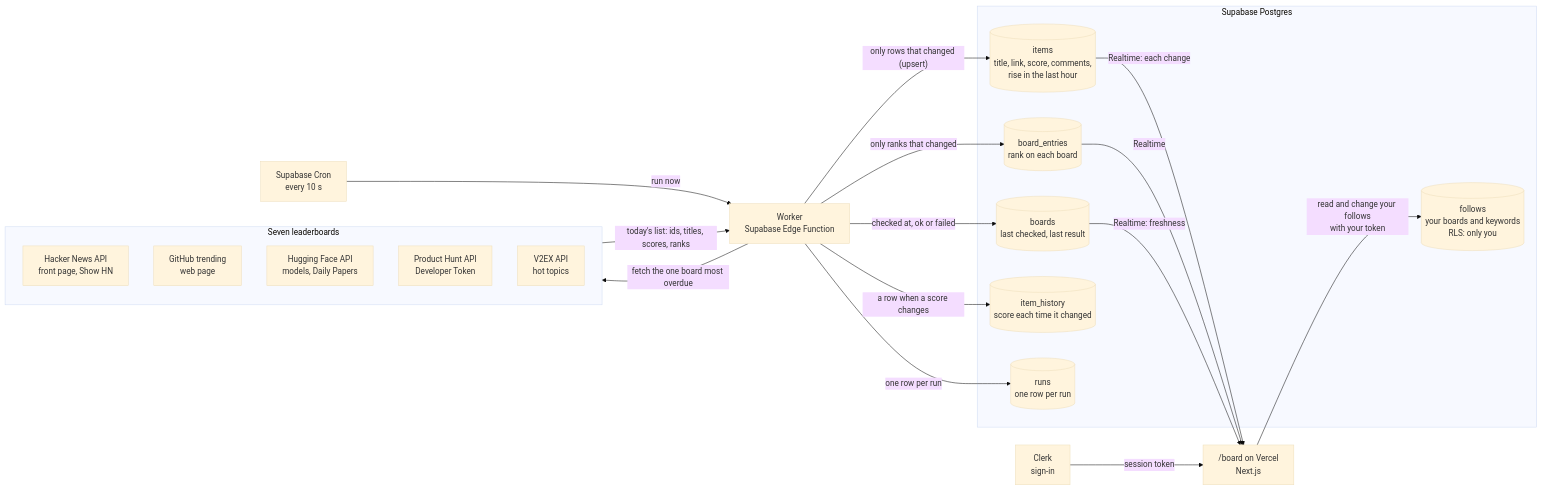
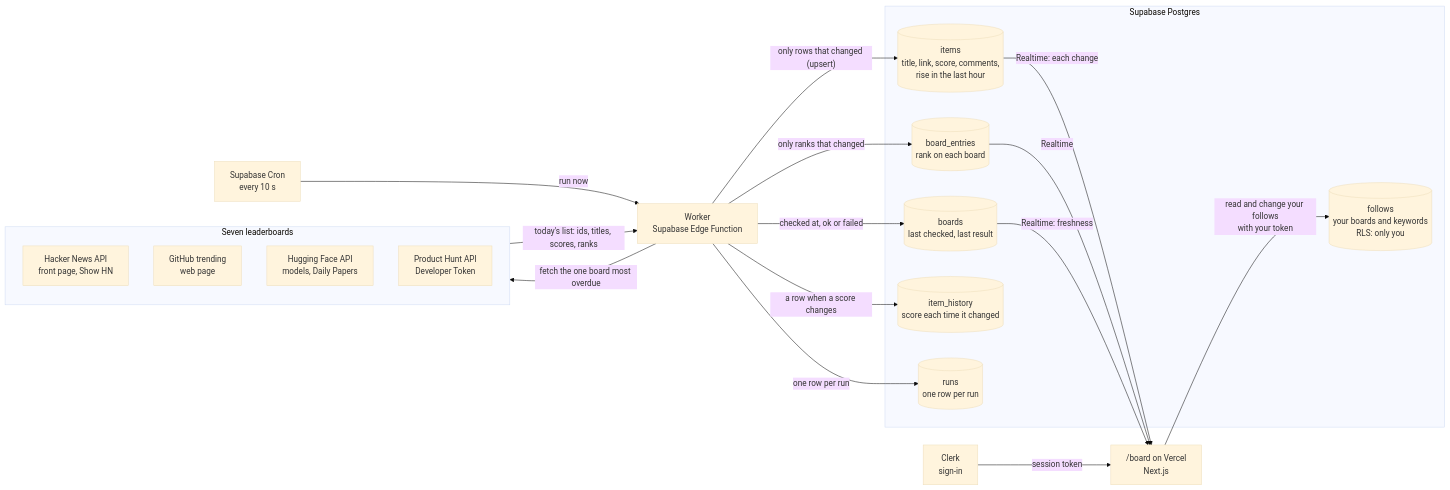
The diagram in docs/data-flow.md (jessieyiqichen/dbs-a5), drawn with Mermaid (base theme) before and after one commit. The commit also changed other lines of this file and 15 other files, not shown here.

````diff
--- a/docs/data-flow.md
+++ b/docs/data-flow.md
@@ -5,35 +5,34 @@
 ```mermaid
 flowchart LR
     subgraph Sources["Seven leaderboards"]
         HN["Hacker News API<br>front page, Show HN"]
         GH["GitHub trending<br>web page"]
         HF["Hugging Face API<br>models, Daily Papers"]
         PH["Product Hunt API<br>Developer Token"]
-        V2["V2EX API<br>hot topics"]
     end
 
     Cron["Supabase Cron<br>every 10 s"] -->|"run now"| W["Worker<br>Supabase Edge Function"]
     W -->|"fetch the one board most overdue"| Sources
     Sources -->|"today's list: ids, titles, scores, ranks"| W
 
     subgraph DB["Supabase Postgres"]
         boards[("boards<br>last checked, last result")]
         items[("items<br>title, link, score, comments,<br>rise in the last hour")]
         entries[("board_entries<br>rank on each board")]
         history[("item_history<br>score each time it changed")]
         runs[("runs<br>one row per run")]
         follows[("follows<br>your boards and keywords<br>RLS: only you")]
     end
 
     W -->|"only rows that changed (upsert)"| items
     W -->|"only ranks that changed"| entries
     W -->|"a row when a score changes"| history
     W -->|"checked at, ok or failed"| boards
     W -->|"one row per run"| runs
 
     Clerk["Clerk<br>sign-in"] -->|"session token"| Page["/board on Vercel<br>Next.js"]
     Page -->|"read and change your follows<br>with your token"| follows
     items -->|"Realtime: each change"| Page
     entries -->|"Realtime"| Page
     boards -->|"Realtime: freshness"| Page
 ```
````
